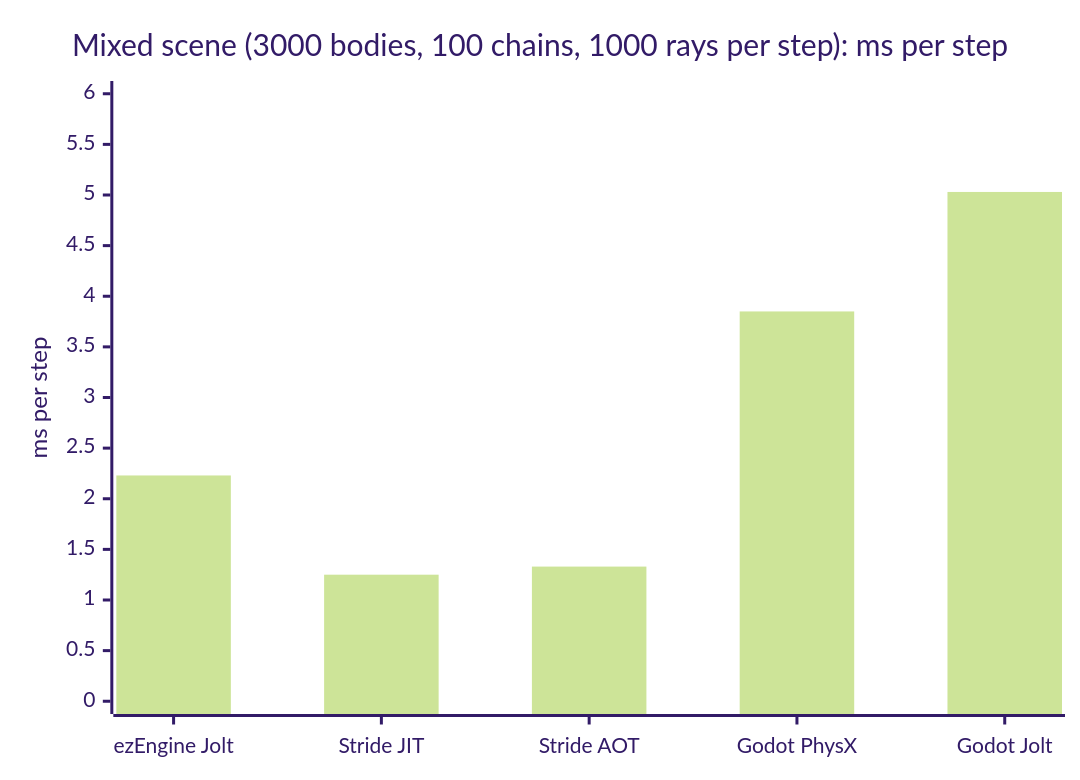
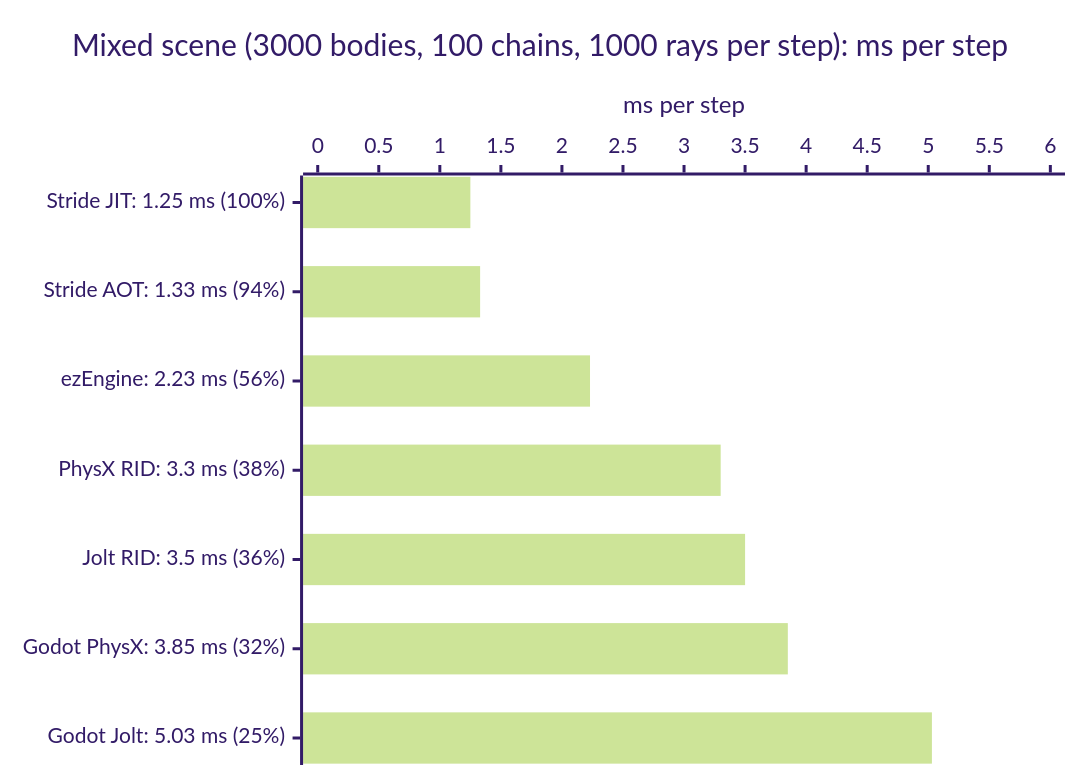
The second of 6 diagrams in README.md (CreatoramaStudio/QuestMark), drawn with Mermaid (forest theme) before and after one commit. The commit also changed other lines of this file and 1 other file, not shown here.

Commit message:
Docs: body API A/B for Jolt and the PhysX fork (12.3), PhysX fork ranked 3a above Godot Jolt 3b, README quick start and sorted horizontal charts with percent of best

````diff
--- a/README.md
+++ b/README.md
@@ -42,7 +59,7 @@
 ```mermaid
-xychart-beta
+xychart-beta horizontal
     title "Mixed scene (3000 bodies, 100 chains, 1000 rays per step): ms per step"
-    x-axis ["ezEngine Jolt", "Stride JIT", "Stride AOT", "Godot PhysX", "Godot Jolt"]
+    x-axis ["Stride JIT: 1.25 ms (100%)", "Stride AOT: 1.33 ms (94%)", "ezEngine: 2.23 ms (56%)", "PhysX RID: 3.3 ms (38%)", "Jolt RID: 3.5 ms (36%)", "Godot PhysX: 3.85 ms (32%)", "Godot Jolt: 5.03 ms (25%)"]
     y-axis "ms per step" 0 --> 6
-    bar [2.23, 1.25, 1.33, 3.85, 5.03]
+    bar [1.25, 1.33, 2.23, 3.3, 3.5, 3.85, 5.03]
 ```
````
